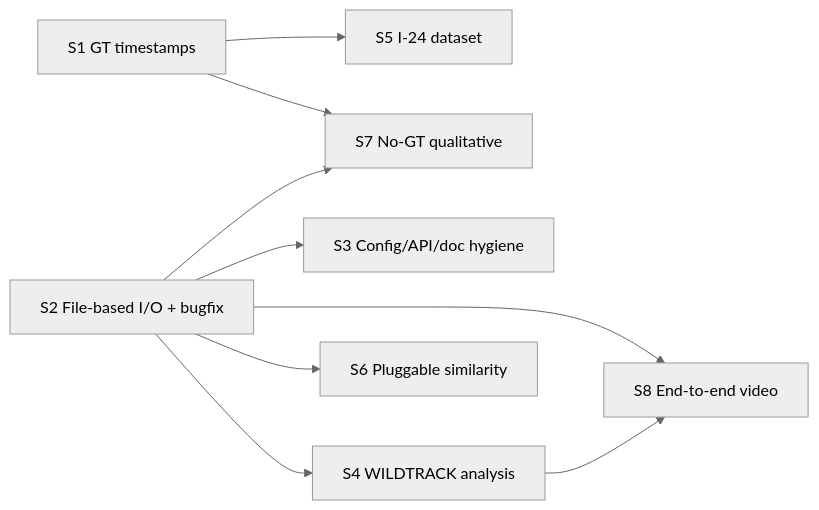
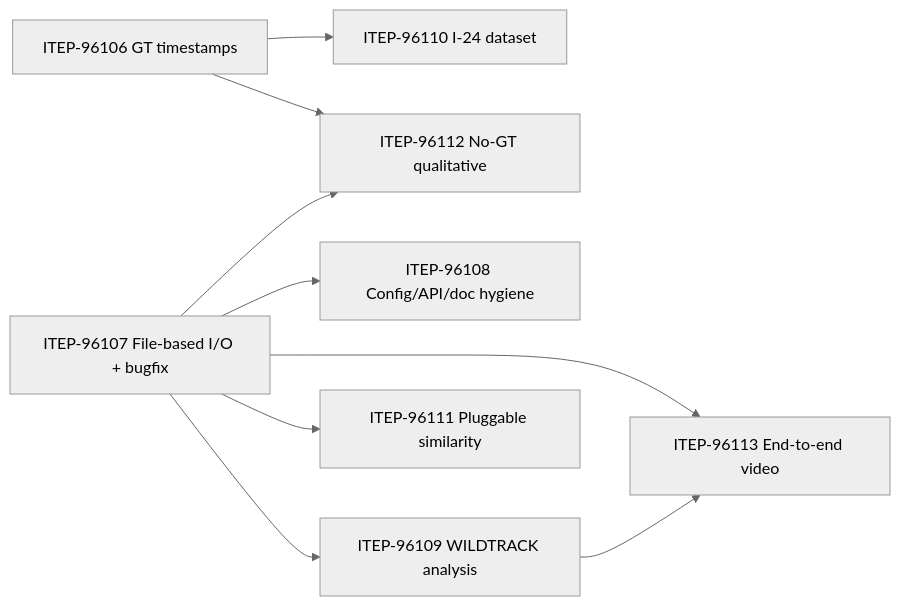
The diagram in .github/plans/plan-tracker-metrics-evaluation-phase-2.md (open-edge-platform/scenescape), drawn with Mermaid (neutral theme) before and after one commit. The commit also changed other lines of this file, not shown here.

Commit message:
Update Phase 2 plan: S3 to P2, link stories to JIRA item IDs

````diff
--- a/.github/plans/plan-tracker-metrics-evaluation-phase-2.md
+++ b/.github/plans/plan-tracker-metrics-evaluation-phase-2.md
@@ -24,11 +24,19 @@
 ```mermaid
 graph LR
-  S1[S1 GT timestamps] --> S5[S5 I-24 dataset]
-  S1 --> S7[S7 No-GT qualitative]
-  S2[S2 File-based I/O + bugfix] --> S3[S3 Config/API/doc hygiene]
-  S2 --> S4[S4 WILDTRACK analysis]
-  S2 --> S6[S6 Pluggable similarity]
+  S1[ITEP-96106 GT timestamps] --> S5[ITEP-96110 I-24 dataset]
+  S1 --> S7[ITEP-96112 No-GT qualitative]
+  S2[ITEP-96107 File-based I/O + bugfix] --> S3[ITEP-96108 Config/API/doc hygiene]
+  S2 --> S4[ITEP-96109 WILDTRACK analysis]
+  S2 --> S6[ITEP-96111 Pluggable similarity]
   S2 --> S7
-  S2 --> S8[S8 End-to-end video]
+  S2 --> S8[ITEP-96113 End-to-end video]
   S4 --> S8
+  click S1 "https://jira.devtools.intel.com/browse/ITEP-96106" _blank
+  click S2 "https://jira.devtools.intel.com/browse/ITEP-96107" _blank
+  click S3 "https://jira.devtools.intel.com/browse/ITEP-96108" _blank
+  click S4 "https://jira.devtools.intel.com/browse/ITEP-96109" _blank
+  click S5 "https://jira.devtools.intel.com/browse/ITEP-96110" _blank
+  click S6 "https://jira.devtools.intel.com/browse/ITEP-96111" _blank
+  click S7 "https://jira.devtools.intel.com/browse/ITEP-96112" _blank
+  click S8 "https://jira.devtools.intel.com/browse/ITEP-96113" _blank
 ```
````
